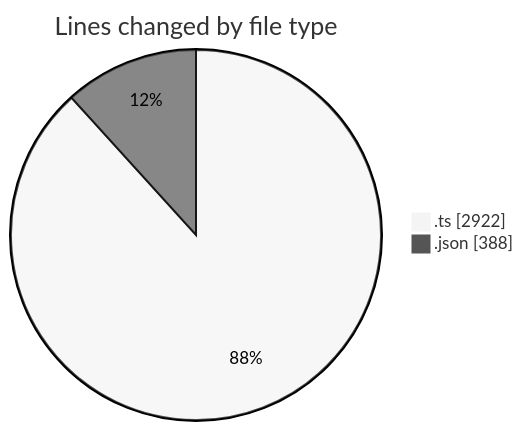
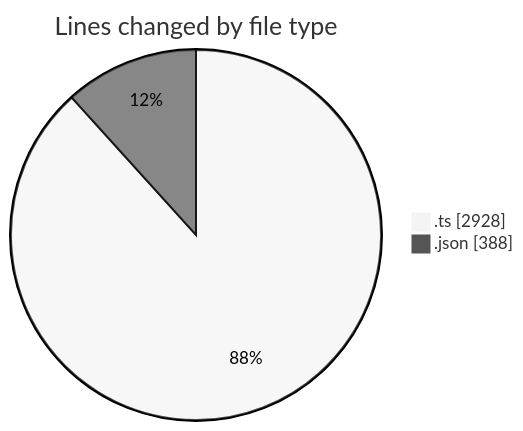
One commit to charlie-sans/code-tracking changed the first of 2 diagrams in 2025-04-30/masm-lsp/README.md. Above: the diagram before and after it, drawn with Mermaid (neutral theme). The commit also changed other lines of this file and 1 other file, not shown here.

````diff
--- a/2025-04-30/masm-lsp/README.md
+++ b/2025-04-30/masm-lsp/README.md
@@ -22,6 +22,6 @@
 ```mermaid
 pie showData
 title Lines changed by file type
-".ts" : 2922
+".ts" : 2928
 ".json" : 388
 ```
````
